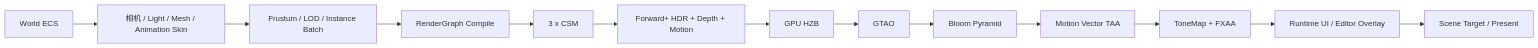
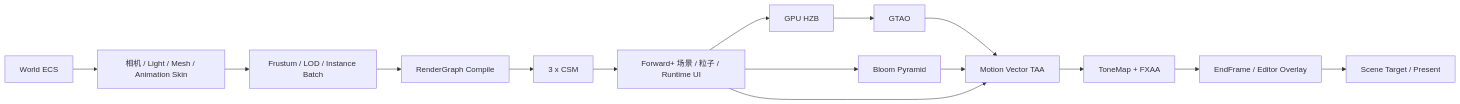
Before and after one commit to feiyuz1/Aster-Engine: the tenth of 12 diagrams in docs/项目架构.md, drawn with Mermaid. The commit also changed other lines of this file and 18 other files, not shown here.

````diff
--- a/docs/项目架构.md
+++ b/docs/项目架构.md
@@ -572,18 +734,21 @@
 ```mermaid
 flowchart LR
     ECS[World ECS]
     Collect[相机 / Light / Mesh / Animation Skin]
     Cull[Frustum / LOD / Instance Batch]
     RG[RenderGraph Compile]
     CSM[3 x CSM]
-    Forward[Forward+ HDR + Depth + Motion]
+    Forward[Forward+ 场景 / 粒子 / Runtime UI]
     HZB[GPU HZB]
     GTAO[GTAO]
     Bloom[Bloom Pyramid]
     TAA[Motion Vector TAA]
     Tone[ToneMap + FXAA]
-    UI[Runtime UI / Editor Overlay]
+    UI[EndFrame / Editor Overlay]
     Present[Scene Target / Present]
 
-    ECS --> Collect --> Cull --> RG --> CSM --> Forward --> HZB --> GTAO --> Bloom --> TAA --> Tone --> UI --> Present
+    ECS --> Collect --> Cull --> RG --> CSM --> Forward
+    Forward --> HZB --> GTAO --> TAA
+    Forward --> Bloom --> TAA
+    Forward --> TAA --> Tone --> UI --> Present
 ```
````
